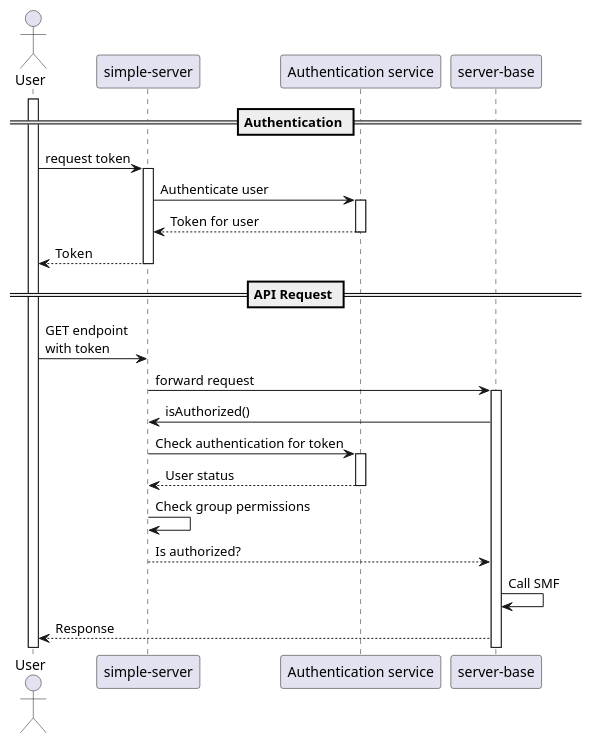
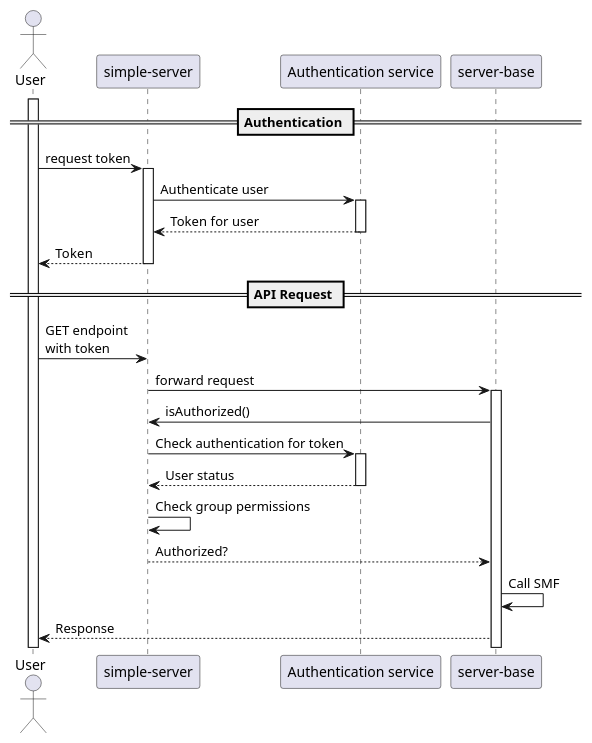
The diagram in arch/authentication.md (server-state/specs), drawn with PlantUML before and after one commit. The commit also changed 8 other files, not shown here.

````diff
--- a/arch/authentication.md
+++ b/arch/authentication.md
@@ -5,34 +5,34 @@
 ```plantuml
 @startuml
 actor User
 
 == Authentication ==
 
 activate User
 User->"simple-server":request token
 activate "simple-server"
 "simple-server"->"Authentication service":Authenticate user
 activate "Authentication service"
 "simple-server"<--"Authentication service":Token for user
 deactivate "Authentication service"
 User<--"simple-server":Token
 deactivate "simple-server"
 
 == API Request ==
 User->"simple-server":GET endpoint \nwith token
 "simple-server"->"server-base":forward request
 activate "server-base"
 
 "server-base"->"simple-server":isAuthorized()
 "simple-server"->"Authentication service":Check authentication for token
 activate "Authentication service"
 "simple-server"<--"Authentication service":User status
 deactivate "Authentication service"
 
 "simple-server"->"simple-server":Check group permissions
-"simple-server"-->"server-base":Is authorized?
+"simple-server"-->"server-base":Authorized?
 deactivate "simple-server"
 "server-base"->"server-base":Call SMF
 User<--"server-base":Response
 @enduml
 ```
````
